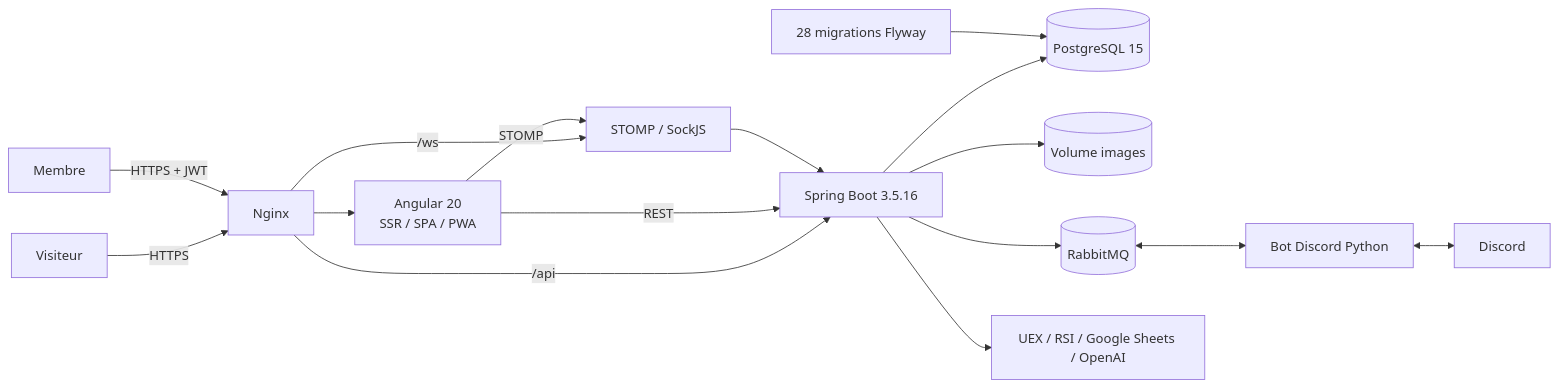
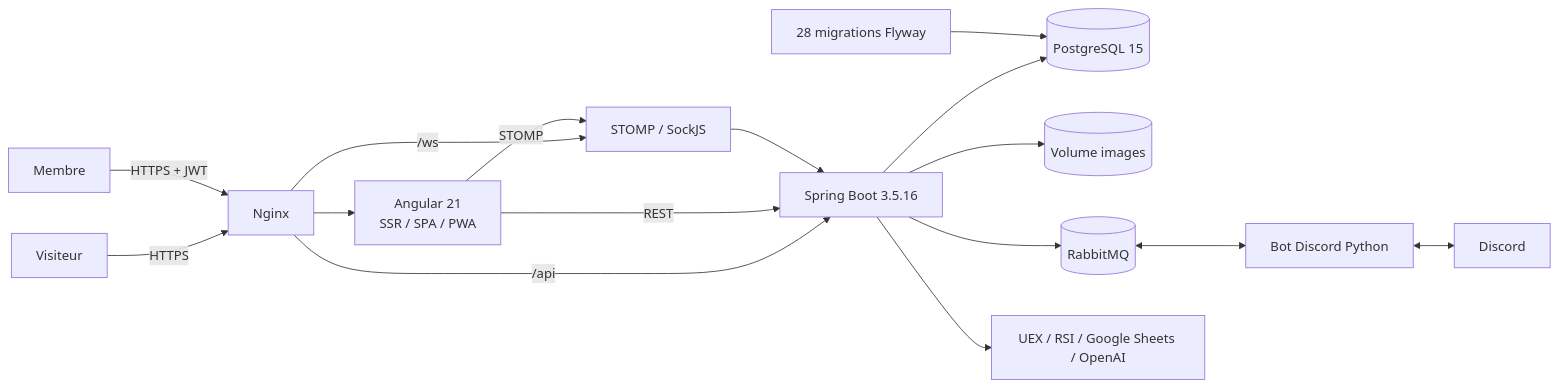
The first of 5 diagrams in docs/ARCHITECTURE.md (Kralone/Icy), drawn with Mermaid before and after one commit. The commit also changed 142 other files, not shown here.

````diff
--- a/docs/ARCHITECTURE.md
+++ b/docs/ARCHITECTURE.md
@@ -7,18 +7,18 @@
 ```mermaid
 flowchart LR
     Visitor[Visiteur] -->|HTTPS| Edge[Nginx]
     Member[Membre] -->|HTTPS + JWT| Edge
-    Edge --> Angular[Angular 20\nSSR / SPA / PWA]
+    Edge --> Angular[Angular 21\nSSR / SPA / PWA]
     Edge -->|/api| API[Spring Boot 3.5.16]
     Edge -->|/ws| WS[STOMP / SockJS]
     Angular -->|REST| API
     Angular -->|STOMP| WS
     WS --> API
     API --> PG[(PostgreSQL 15)]
     Flyway[28 migrations Flyway] --> PG
     API --> Images[(Volume images)]
     API --> Rabbit[(RabbitMQ)]
     Rabbit <--> Bot[Bot Discord Python]
     Bot <--> Discord[Discord]
     API --> External[UEX / RSI / Google Sheets / OpenAI]
 ```
````
